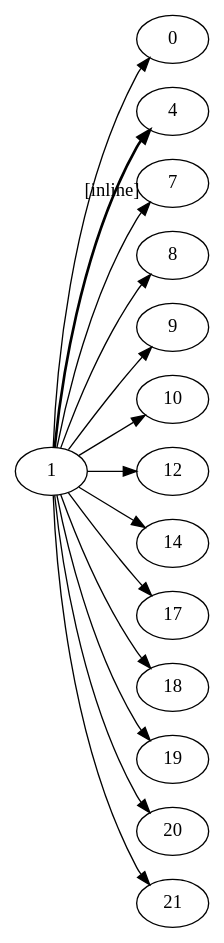
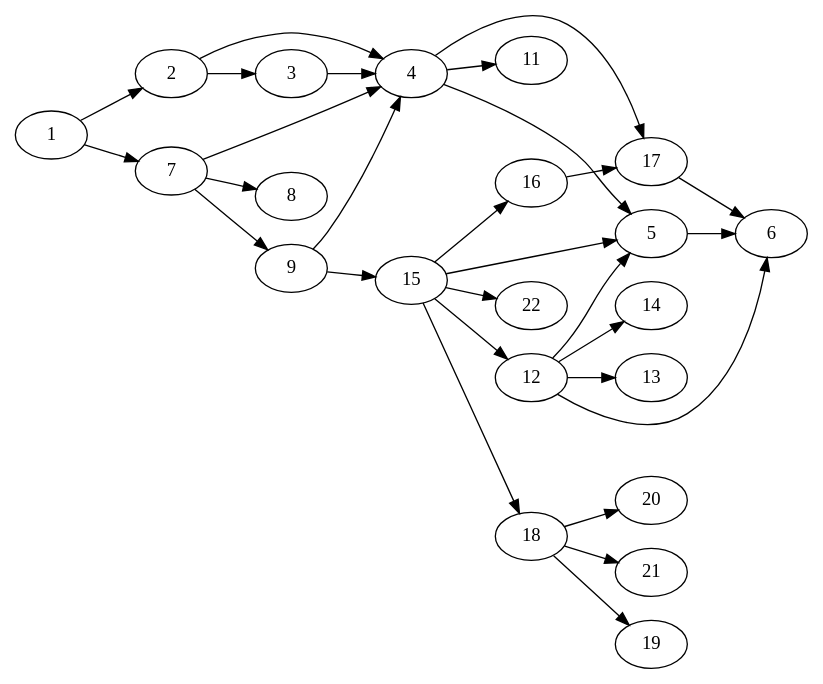
One commit to trim1962/dipModtex changed the diagram in DipLatex-dot2tex-fig1.dot. Above: the diagram before and after it, drawn with Graphviz. The commit also changed other lines of this file and 178 other files, not shown here.

```diff
--- a/DipLatex-dot2tex-fig1.dot
+++ b/DipLatex-dot2tex-fig1.dot
@@ -1,30 +1,1 @@
- digraph G{
-  rankdir="LR";
-  0 [style="main2 node",texlbl="book"]
-  1 [style="main node",texlbl="suftesi"]
-4 [style="main2 node",texlbl="enumitem"]
-  7 [style="main2 node",texlbl="multicol"]
-  8 [style="main2 node",texlbl="emptypage"]
-  9 [style="main2 node",texlbl="textcase"]
-  10 [style="main2 node",texlbl="ifxetex"]
-  12 [style="main2 node",texlbl="cclicenses"]
-  14 [style="main2 node",texlbl="sostitutefont"]
-  17   [style="main2 node",texlbl="extramarks"]
-  18   [style="main2 node",texlbl="fancyhdr"]
-  19  [style="main2 node",texlbl="titletoc"]
-  20  [style="main2 node",texlbl="fixltxhyph"]
-  21  [style="main2 node",texlbl="mathpazo"]
-  1->0
-  1->4[style=bold,labelfloat= true, label = "[inline]"]
-  1->7
-  1->8
-  1->9
-  1->10
-  1->12
-  1->14
-  1->17
-  1->18
-  1->19
-  1->20
-  1->21
- }
+ digraph G{ rankdir="LR"; 1 [style="main node",texlbl="crop"]; 2 [style="main2 node",texlbl="color"]; 3 [style="cfg node",texlbl="color.cfg"]; 4 [style="driver node",texlbl="pdftex.def"]; 5 [style="internal node",texlbl="infwarerr"]; 6 [style="internal node",texlbl="latexcmds"]; 7 [style="main2 node",texlbl="graphics"]; 8 [style="internal node",texlbl="trig"]; 9 [style="cfg node",texlbl="graphics.cfg"]; 11 [style="internal node",texlbl="supp-pdf.mkii"]; 12 [style="internal node",texlbl="pdftexcmds"]; 13 [style="internal node",texlbl="ifluatex"]; 14 [style="internal node",texlbl="ifpdf"]; 15 [style="driver node",texlbl="epstopdf-base"]; 16 [style="internal node",texlbl="grfext"]; 17 [style="internal node",texlbl="keydefinekys"]; 18 [style="internal node",texlbl="kvoptions"]; 19 [style="internal node",texlbl="keyval"]; 20 [style="internal node",texlbl="kvsetkeys"]; 21 [style="internal node",texlbl="etexcmds"]; 22 [style="cfg node",texlbl="epstopdf-sys.cfg"]; 1->2 1->7 2->3 3->4 2->4 4->11 4->5 5->6 7->4 7->8 7->9 9->15 4->17 15->5 15->18 15->16 15->12 12->5 12->6 12->14 12->13 16->17 17->6 18->19 18->20 18->21 15->22 9->4 } 
```
